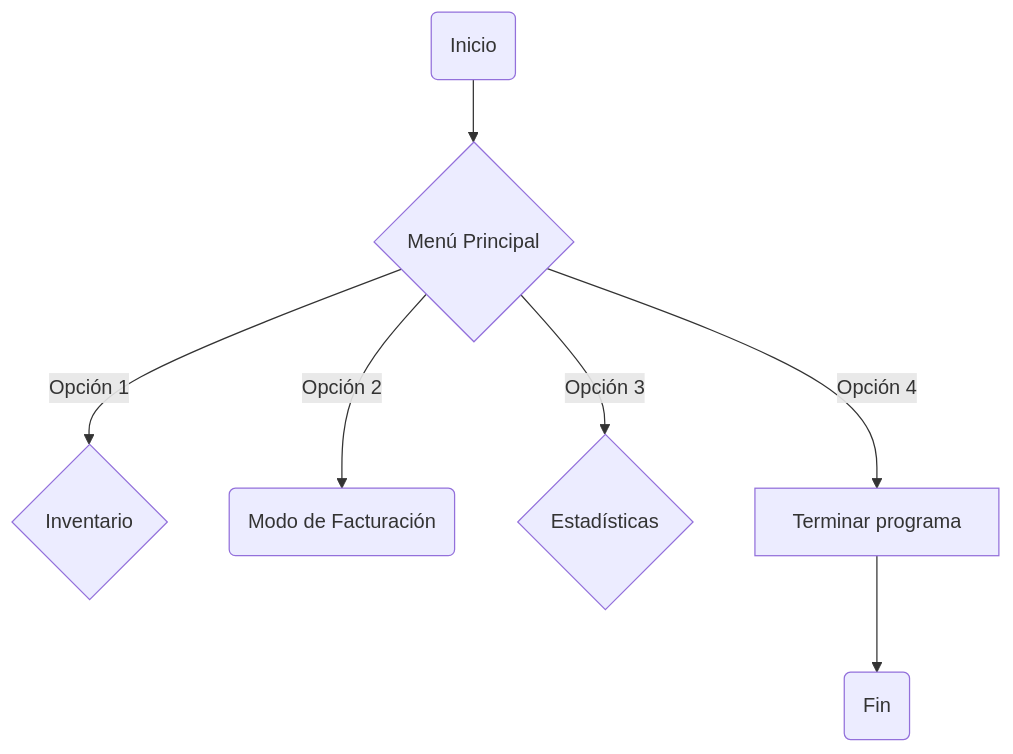
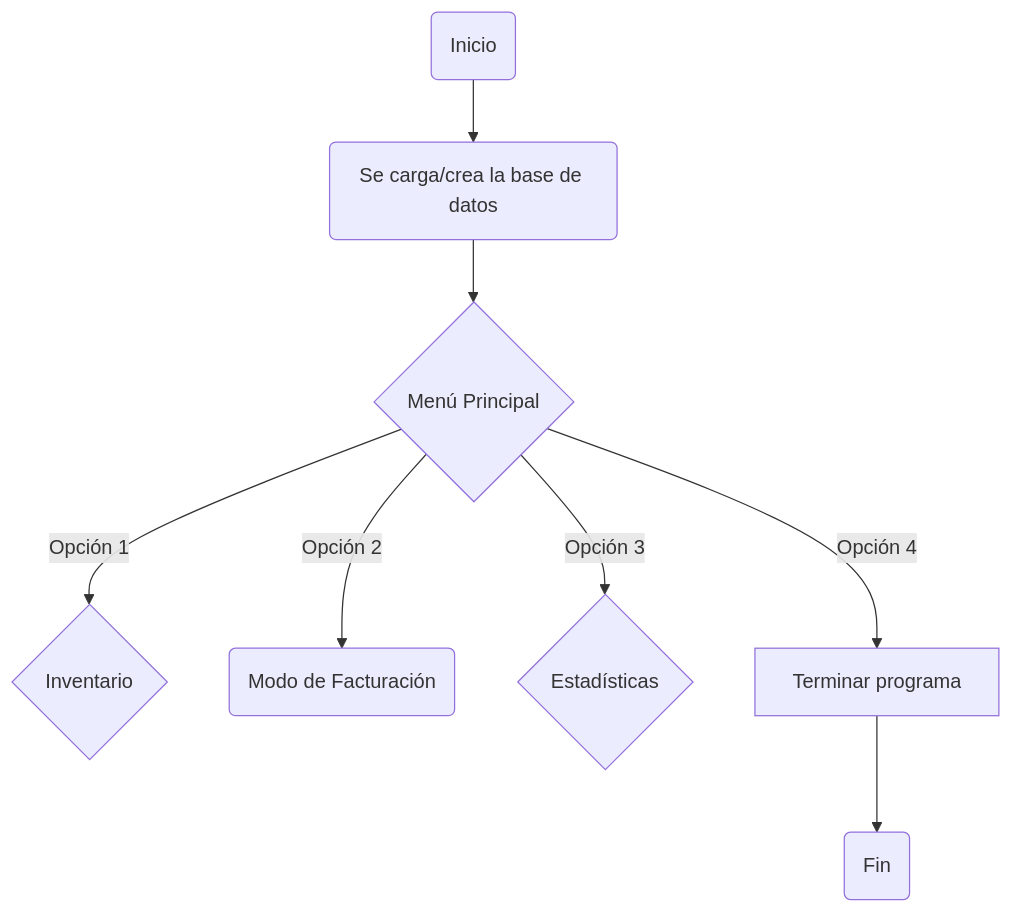
The second of 5 diagrams in README.md (NotName-K/Project), drawn with Mermaid before and after one commit. The commit also changed other lines of this file, not shown here.

````diff
--- a/README.md
+++ b/README.md
@@ -30,10 +46,11 @@
 ```mermaid
  graph TD;
  A(Inicio);
-    A -->B{Menú Principal};
+ A -->F1(Se carga/crea la base de datos);
+    F1 -->B{Menú Principal};
        B -->|Opción 1|C{Inventario};
        B -->|Opción 2|R(Modo de Facturación);
        B -->|Opción 3|S{Estadísticas};
        B -->|Opción 4|C1[Terminar programa];
        C1 -->D1(Fin);
 ```
````
